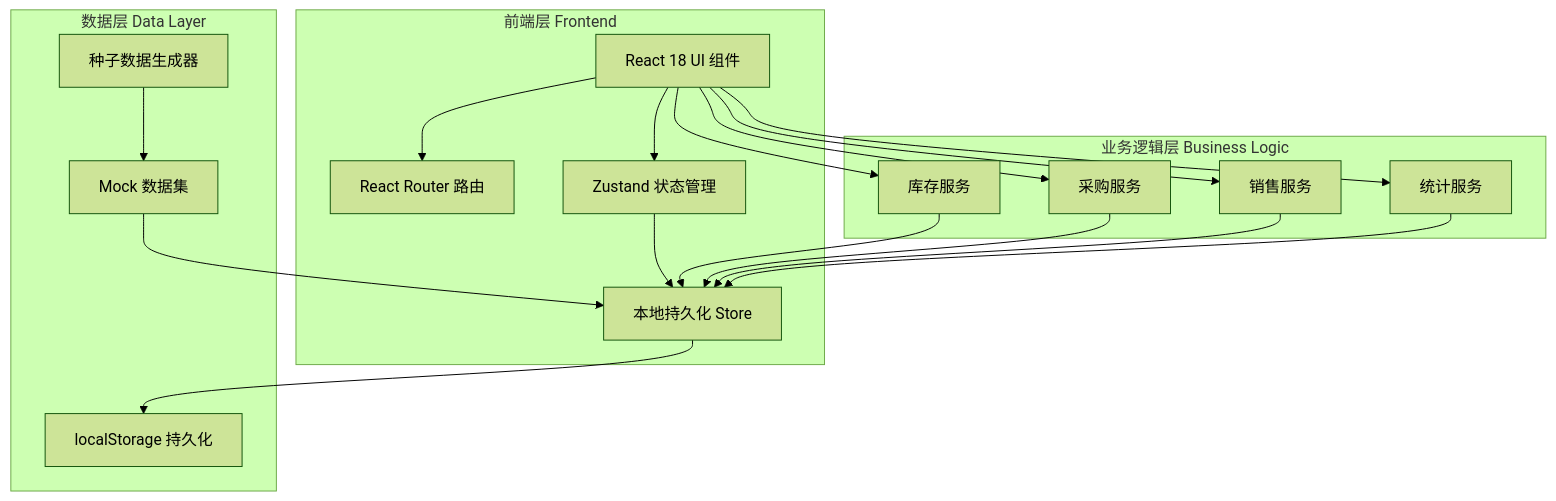
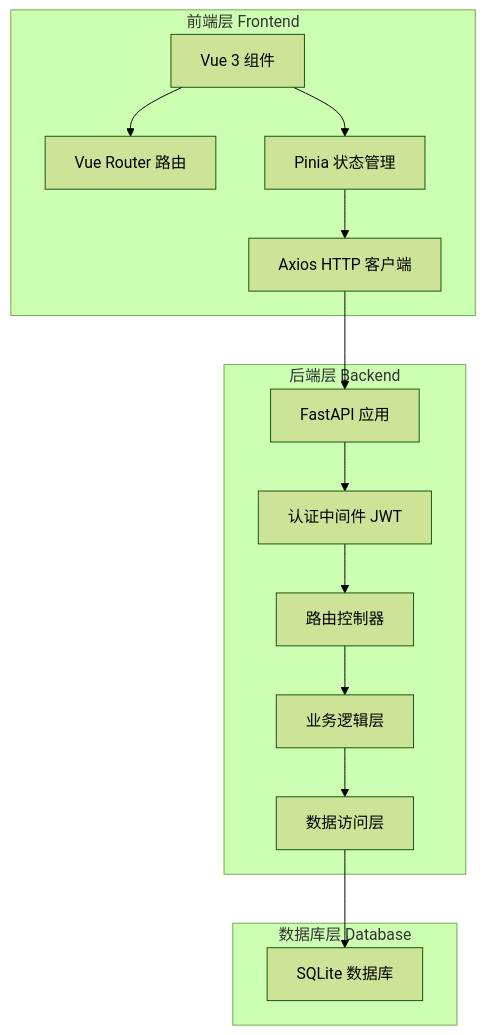
The first of 3 diagrams in .trae/documents/tech.md (jacklovels45/-2), drawn with Mermaid (forest theme) before and after one commit. The commit also changed other lines of this file and 1 other file, not shown here.

````diff
--- a/.trae/documents/tech.md
+++ b/.trae/documents/tech.md
@@ -3,37 +3,31 @@
 ```mermaid
 flowchart TB
     subgraph "前端层 Frontend"
-        UI["React 18 UI 组件"]
-        Route["React Router 路由"]
-        State["Zustand 状态管理"]
-        Store["本地持久化 Store"]
+        Vue["Vue 3 组件"]
+        Router["Vue Router 路由"]
+        Pinia["Pinia 状态管理"]
+        Axios["Axios HTTP 客户端"]
     end
 
-    subgraph "数据层 Data Layer"
-        Mock["Mock 数据集"]
-        LS["localStorage 持久化"]
-        Seed["种子数据生成器"]
+    subgraph "后端层 Backend"
+        FastAPI["FastAPI 应用"]
+        Auth["认证中间件 JWT"]
+        Controller["路由控制器"]
+        Service["业务逻辑层"]
+        Repository["数据访问层"]
     end
 
-    subgraph "业务逻辑层 Business Logic"
-        Inventory["库存服务"]
-        Purchase["采购服务"]
-        Sales["销售服务"]
-        Stats["统计服务"]
+    subgraph "数据库层 Database"
+        SQLite["SQLite 数据库"]
     end
 
-    UI --> Route
-    UI --> State
-    State --> Store
-    Store --> LS
-    Seed --> Mock
-    Mock --> Store
-    UI --> Inventory
-    UI --> Purchase
-    UI --> Sales
-    UI --> Stats
-    Inventory --> Store
-    Purchase --> Store
-    Sales --> Store
-    Stats --> Store
+    Vue --> Router
+    Vue --> Pinia
+    Pinia --> Axios
+    Axios --> FastAPI
+    FastAPI --> Auth
+    Auth --> Controller
+    Controller --> Service
+    Service --> Repository
+    Repository --> SQLite
 ```
````
